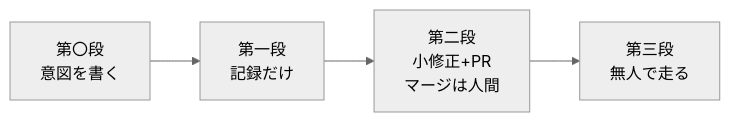
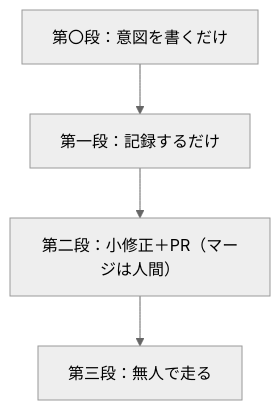
One commit to Daisuke134/anicca changed the seventh of 7 diagrams in docs/articles/2026-06-27-loop-engineering-jp.md. Above: the diagram before and after it, drawn with Mermaid (neutral theme). The commit also changed other lines of this file, not shown here.

Commit message:
diagrams final: anatomy+ladder vertical short-labels (readable, moderate height); verified each on note browser render

````diff
--- a/docs/articles/2026-06-27-loop-engineering-jp.md
+++ b/docs/articles/2026-06-27-loop-engineering-jp.md
@@ -177,4 +177,4 @@
 ```mermaid
-flowchart LR
-  L0["第〇段<br/>意図を書く"] --> L1["第一段<br/>記録だけ"] --> L2["第二段<br/>小修正+PR<br/>マージは人間"] --> L3["第三段<br/>無人で走る"]
+flowchart TD
+  L0["第〇段：意図を書くだけ"] --> L1["第一段：記録するだけ"] --> L2["第二段：小修正＋PR（マージは人間）"] --> L3["第三段：無人で走る"]
 ```
````
